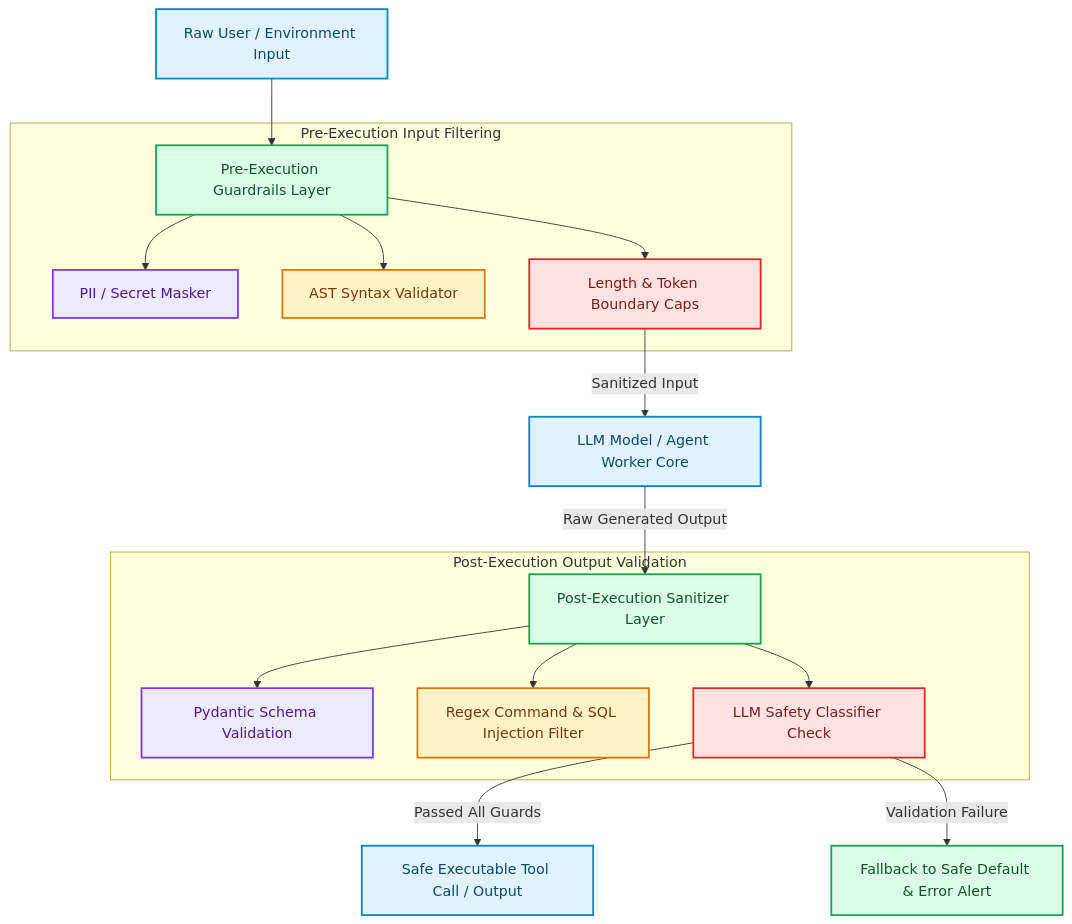
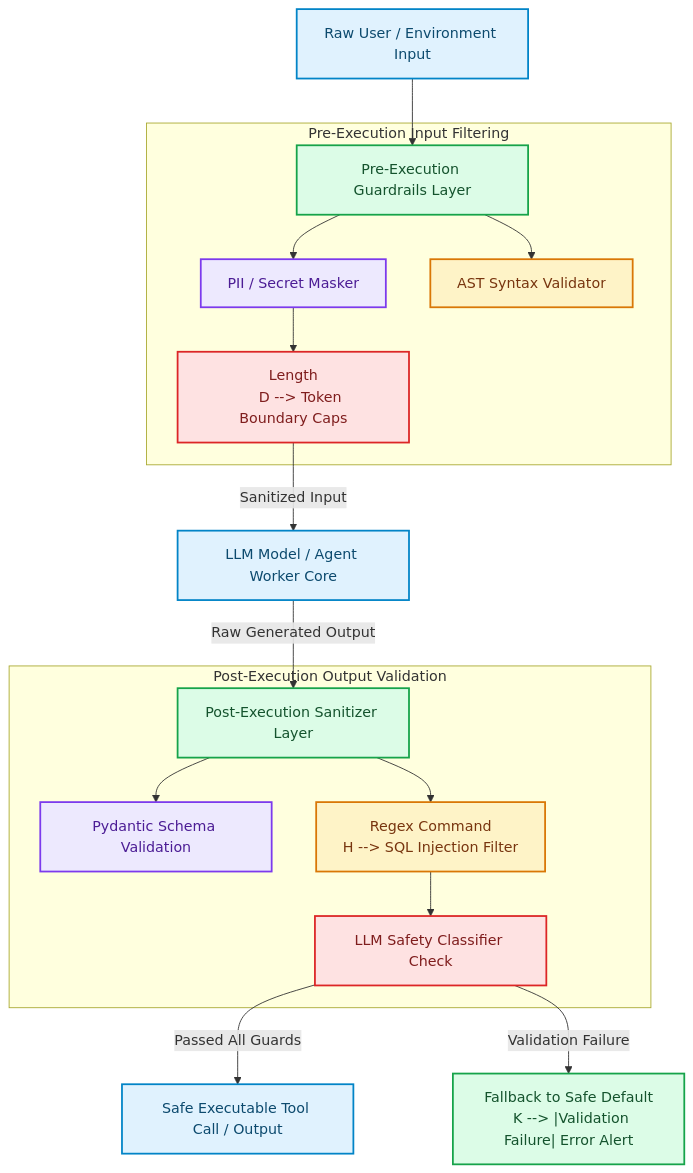
Before and after one commit to akmalkhaniub/akmalkhaniub.github.io: the diagram in blog/posts/agentic-security-content-safety-guardrails-deterministic-sanitizers.md, drawn with Mermaid. The commit also changed other lines of this file and 894 other files, not shown here.

Commit message:
feat(blog): upgrade all 444 posts with unique staggered dates, 2-col Mermaid spines, benchmark tables, code blocks, and trade-offs

````diff
--- a/blog/posts/agentic-security-content-safety-guardrails-deterministic-sanitizers.md
+++ b/blog/posts/agentic-security-content-safety-guardrails-deterministic-sanitizers.md
@@ -17,33 +17,36 @@
 ```mermaid
 flowchart TD
   A["Raw User / Environment Input"] --> B["Pre-Execution Guardrails Layer"]
   
   subgraph SG1_PreExecutionInput ["Pre-Execution Input Filtering"]
     B --> C["PII / Secret Masker"]
     B --> D["AST Syntax Validator"]
-    B --> E["Length & Token Boundary Caps"]
+    C --> E["Length
+    D --> Token Boundary Caps"]
   end
   
   E -->|Sanitized Input| F["LLM Model / Agent Worker Core"]
   F -->|Raw Generated Output| G["Post-Execution Sanitizer Layer"]
   
   subgraph SG2_PostExecutionOutput ["Post-Execution Output Validation"]
     G --> H["Pydantic Schema Validation"]
-    G --> I["Regex Command & SQL Injection Filter"]
-    G --> J["LLM Safety Classifier Check"]
+    G --> I["Regex Command
+    H --> SQL Injection Filter"]
+    I --> J["LLM Safety Classifier Check"]
   end
   
   J -->|Passed All Guards| K["Safe Executable Tool Call / Output"]
-  J -->|Validation Failure| L["Fallback to Safe Default & Error Alert"]
+  J --> |Validation Failure| L["Fallback to Safe Default
+  K --> |Validation Failure| Error Alert"]
 
 classDef green fill:#dcfce7,stroke:#16a34a,stroke-width:2px,color:#14532d;
 classDef red fill:#fee2e2,stroke:#dc2626,stroke-width:2px,color:#7f1d1d;
 classDef blue fill:#e0f2fe,stroke:#0284c7,stroke-width:2px,color:#0c4a6e;
 classDef yellow fill:#fef3c7,stroke:#d97706,stroke-width:2px,color:#78350f;
 classDef purple fill:#ede9fe,stroke:#7c3aed,stroke-width:2px,color:#4c1d95;
 class A,F,K blue
 class B,G,L green
 class C,H purple
 class D,I yellow
 class E,J red
 ```
````
